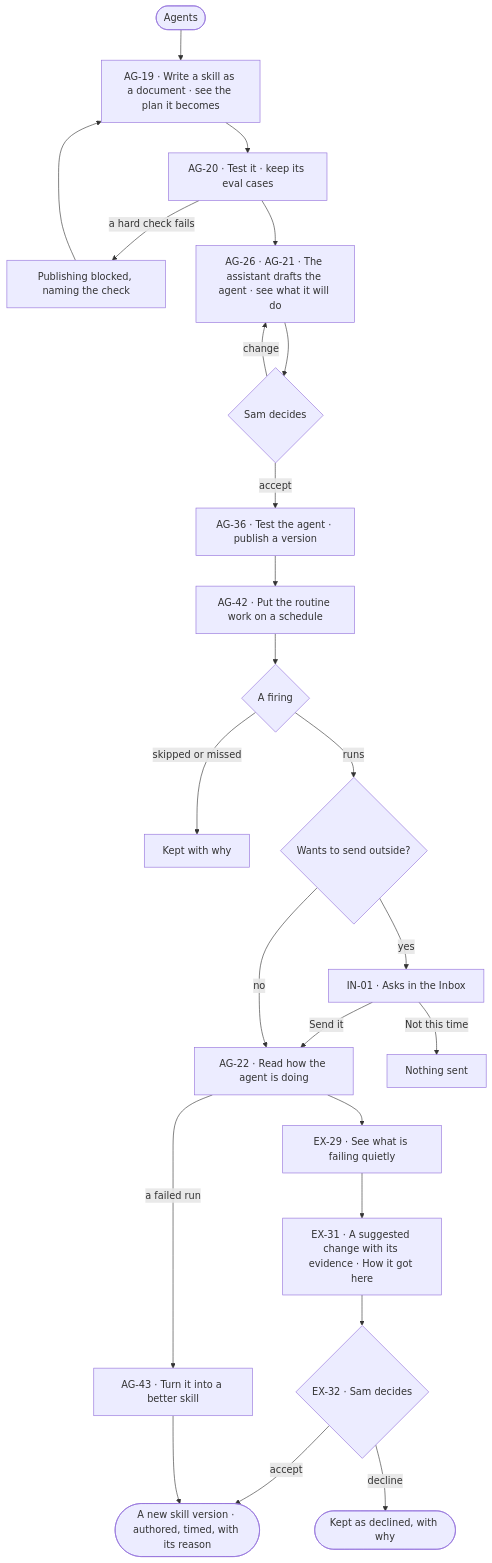
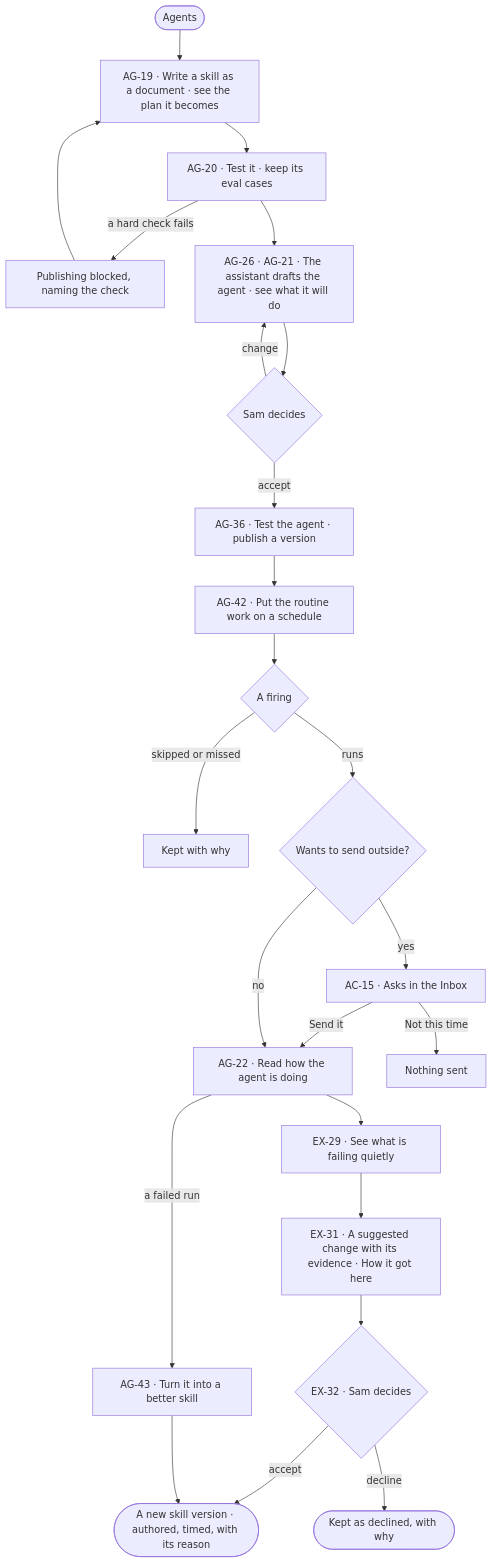
The diagram in specs/journeys/J04-build-an-agent-and-improve-it-from-what-runs-teach.md (invana/invana), drawn with Mermaid before and after one commit. The commit also changed other lines of this file and 884 other files, not shown here.

````diff
--- a/specs/journeys/J04-build-an-agent-and-improve-it-from-what-runs-teach.md
+++ b/specs/journeys/J04-build-an-agent-and-improve-it-from-what-runs-teach.md
@@ -16,24 +16,24 @@
 ```mermaid
 flowchart TD
   A([Agents]) --> B["AG-19 · Write a skill as a document · see the plan it becomes"]
   B --> C["AG-20 · Test it · keep its eval cases"]
   C -->|a hard check fails| C1["Publishing blocked, naming the check"] --> B
   C --> D["AG-26 · AG-21 · The assistant drafts the agent · see what it will do"]
   D --> E{"Sam decides"}
   E -->|change| D
   E -->|accept| F["AG-36 · Test the agent · publish a version"]
   F --> G["AG-42 · Put the routine work on a schedule"]
   G --> H{"A firing"}
   H -->|skipped or missed| H1["Kept with why"]
   H -->|runs| I{"Wants to send outside?"}
-  I -->|yes| J["IN-01 · Asks in the Inbox"]
+  I -->|yes| J["AC-15 · Asks in the Inbox"]
   J -->|Send it| K
   J -->|Not this time| K1["Nothing sent"]
   I -->|no| K["AG-22 · Read how the agent is doing"]
   K --> L["EX-29 · See what is failing quietly"]
   L --> M["EX-31 · A suggested change with its evidence · How it got here"]
   M --> N{"EX-32 · Sam decides"}
   N -->|accept| O(["A new skill version · authored, timed, with its reason"])
   N -->|decline| P(["Kept as declined, with why"])
   K -->|a failed run| Q["AG-43 · Turn it into a better skill"] --> O
 ```
````
